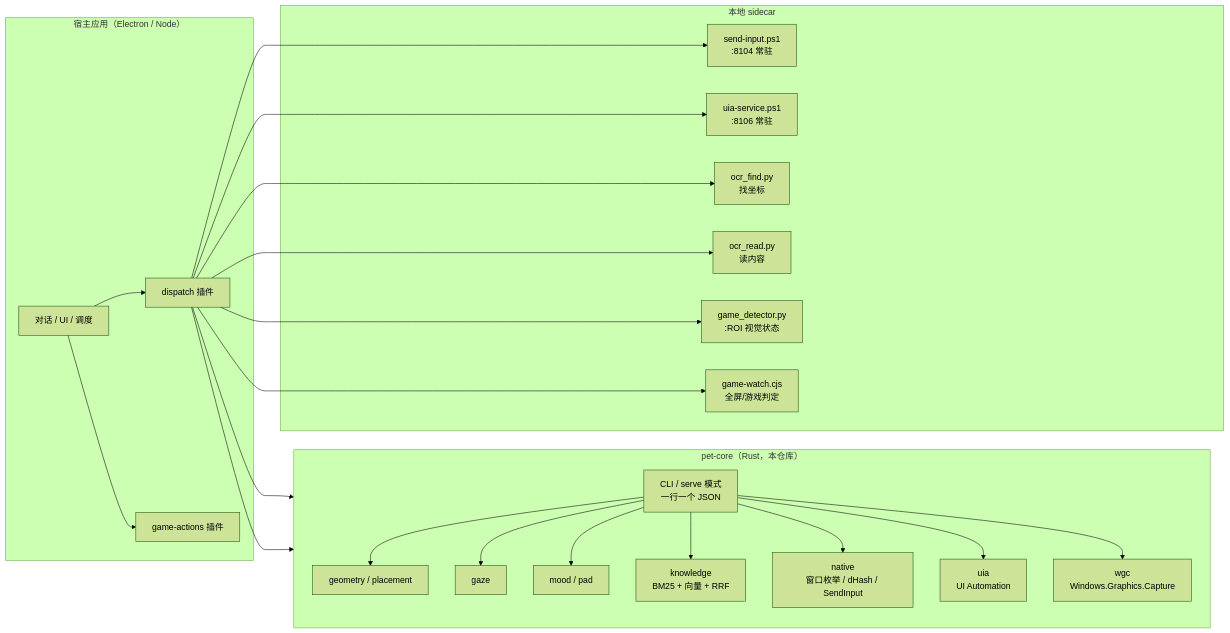
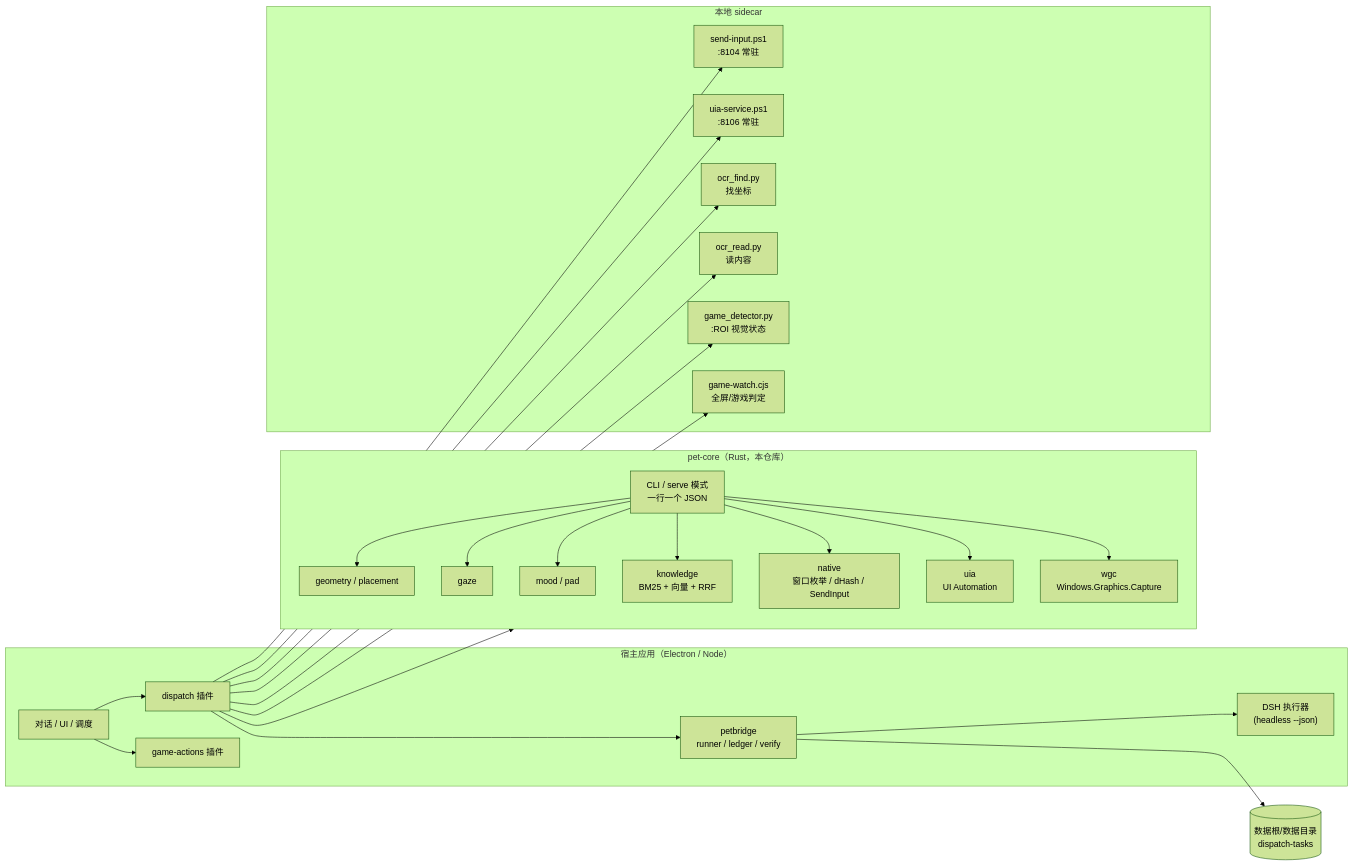
The diagram in README.md (rui08984-dot/dafeiyu-control), drawn with Mermaid (forest theme) before and after one commit. The commit also changed other lines of this file and 16 other files, not shown here.

````diff
--- a/README.md
+++ b/README.md
@@ -68,40 +80,43 @@
 ```mermaid
 flowchart LR
   subgraph Host["宿主应用（Electron / Node）"]
     UI[对话 / UI / 调度]
     DP[dispatch 插件]
     GA[game-actions 插件]
+    PB["petbridge<br/>runner / ledger / verify"]
+    DSH["DSH 执行器<br/>(headless --json)"]
   end
 
   subgraph Core["pet-core（Rust，本仓库）"]
     direction TB
     CLI["CLI / serve 模式<br/>一行一个 JSON"]
     GEO[geometry / placement]
     GAZE[gaze]
     MOOD[mood / pad]
     KB[knowledge<br/>BM25 + 向量 + RRF]
     NAT[native<br/>窗口枚举 / dHash / SendInput]
     UIA[uia<br/>UI Automation]
     WGC[wgc<br/>Windows.Graphics.Capture]
   end
 
   subgraph Side["本地 sidecar"]
     SI[send-input.ps1<br/>:8104 常驻]
     US[uia-service.ps1<br/>:8106 常驻]
     OCR1[ocr_find.py<br/>找坐标]
     OCR2[ocr_read.py<br/>读内容]
     GD[game_detector.py<br/>:ROI 视觉状态]
     GW[game-watch.cjs<br/>全屏/游戏判定]
   end
 
-  UI --> DP --> CLI
+  UI --> DP --> PB --> DSH
+  PB --> LEDGER[(数据根/数据目录<br/>dispatch-tasks)]
   UI --> GA
   DP --> SI
   DP --> US
   DP --> OCR1
   DP --> OCR2
   DP --> GD
   DP --> GW
   DP --> NAT
   CLI --> GEO & GAZE & MOOD & KB & NAT & UIA & WGC
 ```
````
